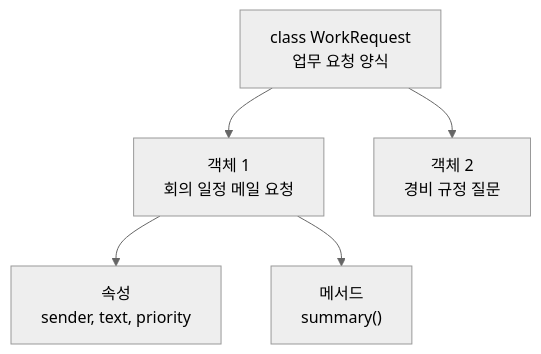
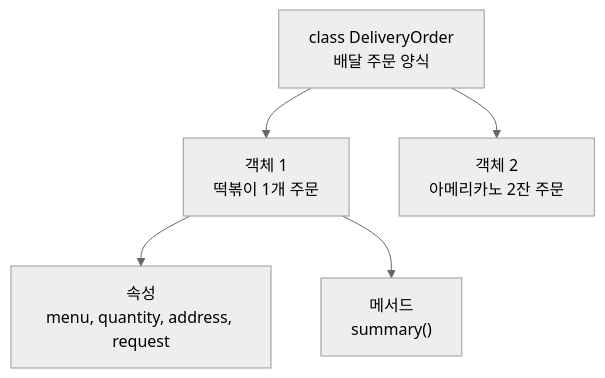
The diagram in 랭체인_랭스미스_보충학습노트/02_객체_클래스_스키마.md (ssalsungyee01-tech/langchain-langsmith-study-notes), drawn with Mermaid (neutral theme) before and after one commit. The commit also changed other lines of this file, not shown here.

Commit message:
Replace object example with delivery order

````diff
--- a/랭체인_랭스미스_보충학습노트/02_객체_클래스_스키마.md
+++ b/랭체인_랭스미스_보충학습노트/02_객체_클래스_스키마.md
@@ -30,7 +31,7 @@
 ```mermaid
 flowchart TB
-    A["class WorkRequest<br/>업무 요청 양식"] --> B["객체 1<br/>회의 일정 메일 요청"]
-    A --> C["객체 2<br/>경비 규정 질문"]
-    B --> D["속성<br/>sender, text, priority"]
+    A["class DeliveryOrder<br/>배달 주문 양식"] --> B["객체 1<br/>떡볶이 1개 주문"]
+    A --> C["객체 2<br/>아메리카노 2잔 주문"]
+    B --> D["속성<br/>menu, quantity, address, request"]
     B --> E["메서드<br/>summary()"]
 ```
````
